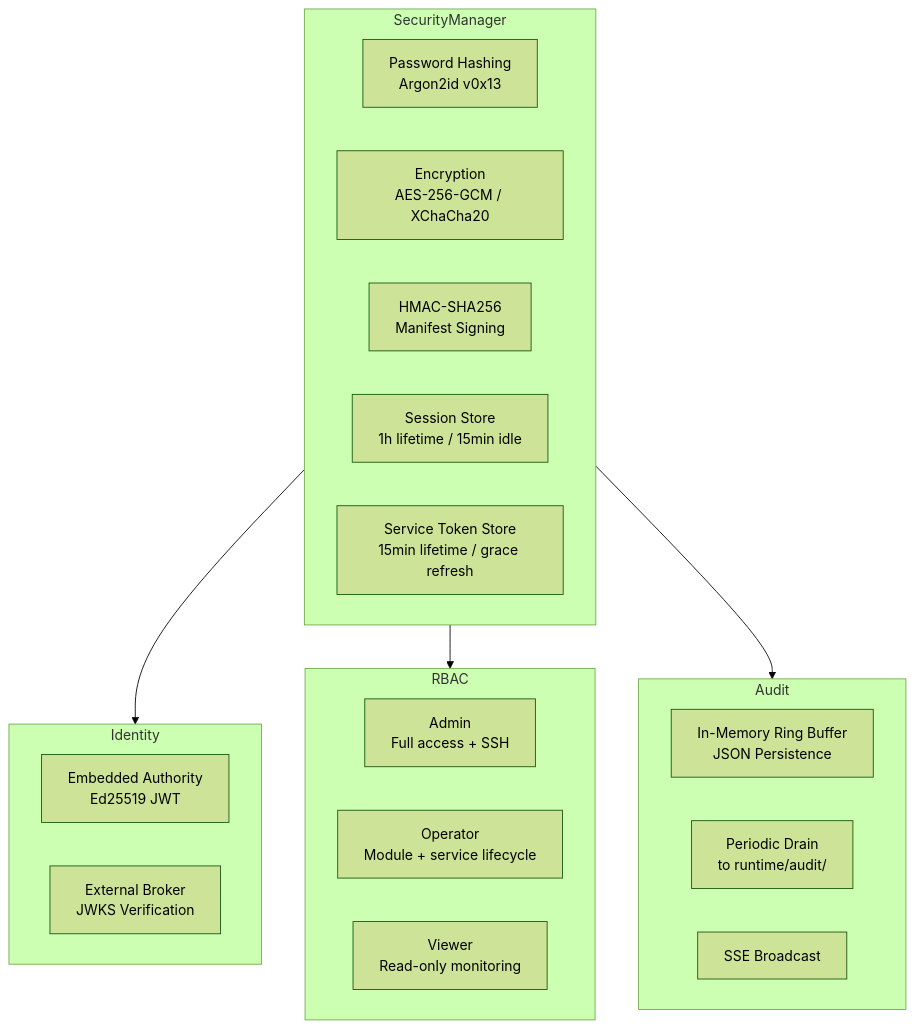
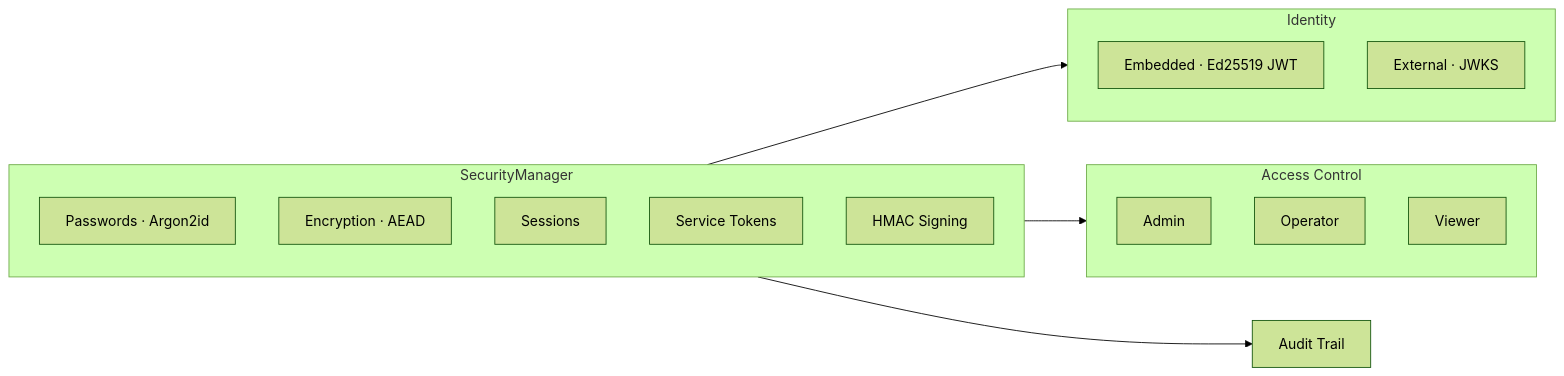
One commit to J03lF/fenrir changed the fourth of 6 diagrams in README.md. Above: the diagram before and after it, drawn with Mermaid (forest theme). The commit also changed other lines of this file, not shown here.

Commit message:
Add comprehensive README with architecture docs, CLI reference, and ecosystem overview

````diff
--- a/README.md
+++ b/README.md
@@ -429,31 +471,27 @@
 ```mermaid
-flowchart TB
-  subgraph facade [SecurityManager]
-    Hash[Password Hashing<br>Argon2id v0x13]
-    Encrypt[Encryption<br>AES-256-GCM / XChaCha20]
-    Sign[HMAC-SHA256<br>Manifest Signing]
-    SessStore[Session Store<br>1h lifetime / 15min idle]
-    TokenStore[Service Token Store<br>15min lifetime / grace refresh]
+flowchart LR
+  subgraph manager [SecurityManager]
+    Passwords["Passwords · Argon2id"]
+    Encryption["Encryption · AEAD"]
+    Sessions["Sessions"]
+    ServiceTokens["Service Tokens"]
+    Signing["HMAC Signing"]
   end
 
   subgraph identity [Identity]
-    Embedded[Embedded Authority<br>Ed25519 JWT]
-    External[External Broker<br>JWKS Verification]
+    Embedded["Embedded · Ed25519 JWT"]
+    External["External · JWKS"]
   end
 
-  subgraph rbac [RBAC]
-    Admin[Admin<br>Full access + SSH]
-    Operator[Operator<br>Module + service lifecycle]
-    Viewer[Viewer<br>Read-only monitoring]
+  subgraph access [Access Control]
+    Admin["Admin"]
+    Operator["Operator"]
+    Viewer["Viewer"]
   end
 
-  subgraph audit_sys [Audit]
-    AuditLog[In-Memory Ring Buffer<br>JSON Persistence]
-    AuditDrain[Periodic Drain<br>to runtime/audit/]
-    AuditSSE[SSE Broadcast]
-  end
+  Audit["Audit Trail"]
 
-  facade --> identity
-  facade --> rbac
-  facade --> audit_sys
+  manager --> identity
+  manager --> access
+  manager --> Audit
 ```
````
